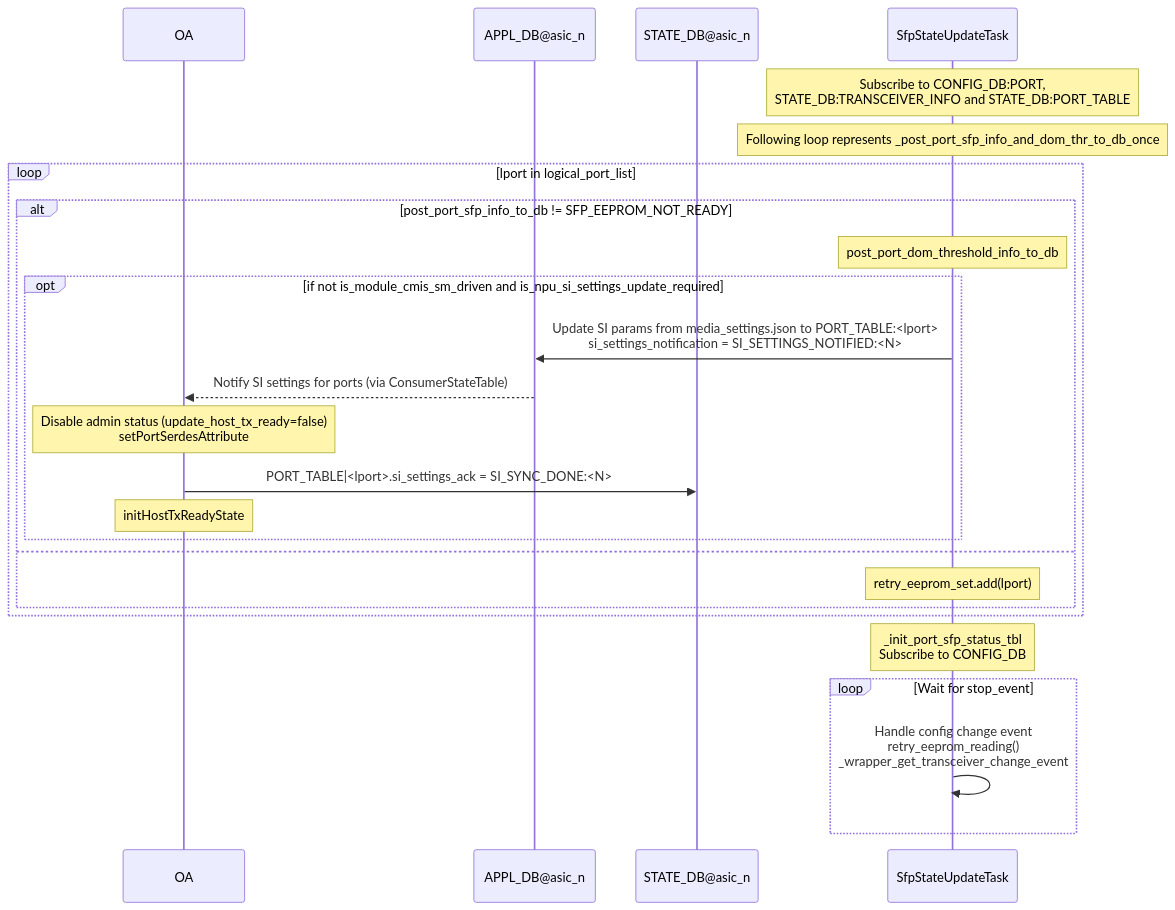
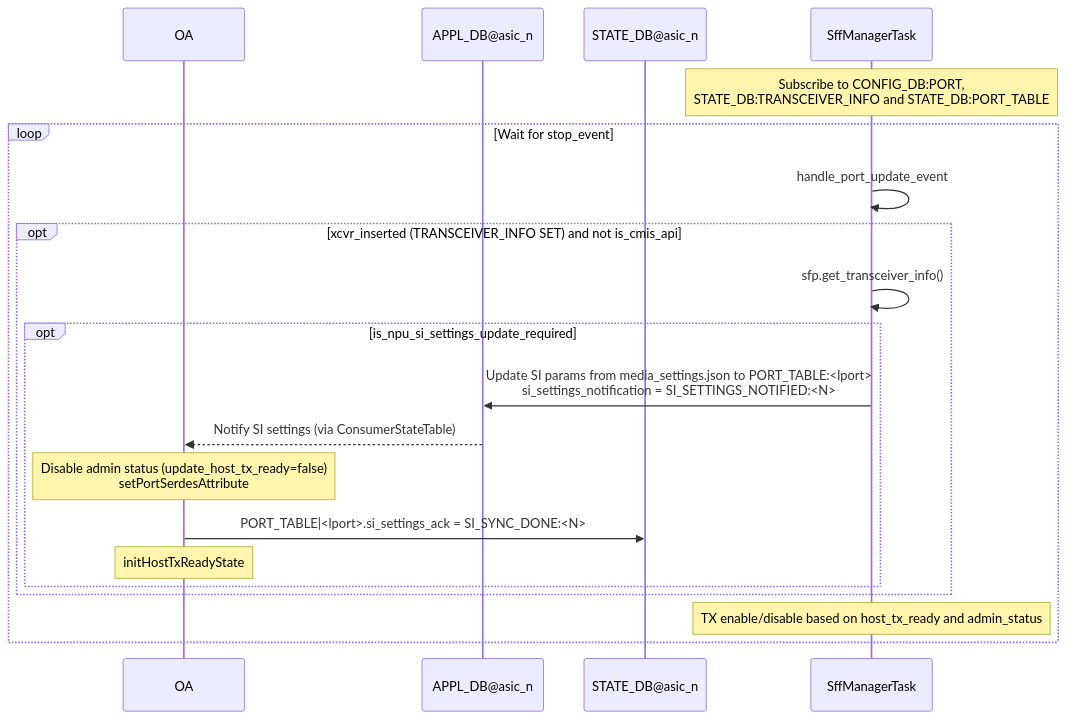
One commit to sonic-net/SONiC changed the third of 6 diagrams in doc/sfp-cmis/Interface-Link-bring-up-sequence.md. Above: the diagram before and after it, drawn with Mermaid. The commit also changed other lines of this file, not shown here.

````diff
--- a/doc/sfp-cmis/Interface-Link-bring-up-sequence.md
+++ b/doc/sfp-cmis/Interface-Link-bring-up-sequence.md
@@ -317,28 +349,23 @@
 ```mermaid
 sequenceDiagram
     participant OA
     participant APPL_DB as APPL_DB@asic_n
     participant STATE_DB as STATE_DB@asic_n
-    participant SfpStateUpdateTask
+    participant SffManagerTask
 
-    Note over SfpStateUpdateTask: Subscribe to CONFIG_DB:PORT,<br>STATE_DB:TRANSCEIVER_INFO and STATE_DB:PORT_TABLE
-    Note over SfpStateUpdateTask: Following loop represents _post_port_sfp_info_and_dom_thr_to_db_once
-    loop lport in logical_port_list
-        alt post_port_sfp_info_to_db != SFP_EEPROM_NOT_READY
-             Note over SfpStateUpdateTask: post_port_dom_threshold_info_to_db
-            opt if not is_module_cmis_sm_driven and is_npu_si_settings_update_required
-                SfpStateUpdateTask ->> APPL_DB: Update SI params from media_settings.json to PORT_TABLE:<lport><br>si_settings_notification = SI_SETTINGS_NOTIFIED:<N>
-                APPL_DB -->> OA: Notify SI settings for ports (via ConsumerStateTable)
+    Note over SffManagerTask: Subscribe to CONFIG_DB:PORT,<br>STATE_DB:TRANSCEIVER_INFO and STATE_DB:PORT_TABLE
+    loop Wait for stop_event
+        SffManagerTask ->> SffManagerTask: handle_port_update_event
+        opt xcvr_inserted (TRANSCEIVER_INFO SET) and not is_cmis_api
+            SffManagerTask ->> SffManagerTask: sfp.get_transceiver_info()
+            opt is_npu_si_settings_update_required
+                SffManagerTask ->> APPL_DB: Update SI params from media_settings.json to PORT_TABLE:<lport><br>si_settings_notification = SI_SETTINGS_NOTIFIED:<N>
+                APPL_DB -->> OA: Notify SI settings (via ConsumerStateTable)
                 Note over OA: Disable admin status (update_host_tx_ready=false)<br>setPortSerdesAttribute
                 OA ->> STATE_DB: PORT_TABLE|<lport>.si_settings_ack = SI_SYNC_DONE:<N>
                 Note over OA: initHostTxReadyState
             end
-        else
-            Note over SfpStateUpdateTask: retry_eeprom_set.add(lport)
         end
-    end
-    Note over SfpStateUpdateTask: _init_port_sfp_status_tbl<br>Subscribe to CONFIG_DB
-    loop Wait for stop_event
-        SfpStateUpdateTask ->> SfpStateUpdateTask: Handle config change event<br>retry_eeprom_reading()<br>_wrapper_get_transceiver_change_event
+        Note over SffManagerTask: TX enable/disable based on host_tx_ready and admin_status
     end
 ```
````
